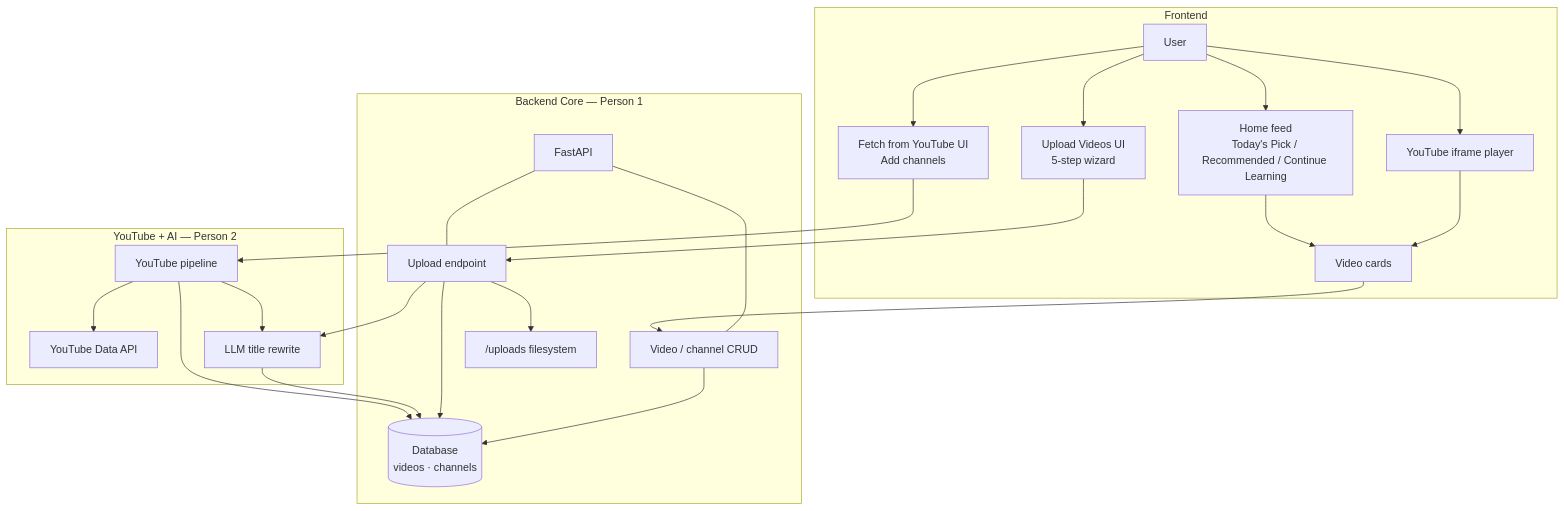
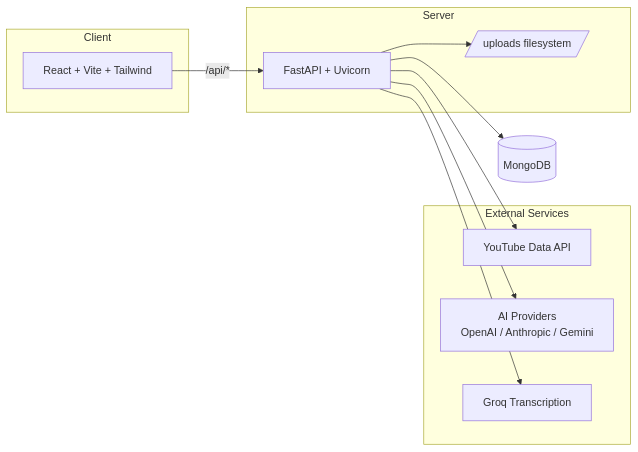
Before and after one commit to volam1311/CrackEd: the first of 3 diagrams in README.md, drawn with Mermaid. The commit also changed other lines of this file, not shown here.

````diff
--- a/README.md
+++ b/README.md
@@ -93,48 +7,26 @@
 ```mermaid
-flowchart TB
-  subgraph Frontend
-    U[User]
-    Home[Home feed<br/>Today's Pick / Recommended / Continue Learning]
-    Cards[Video cards]
-    Player[YouTube iframe player]
-    FetchUI[Fetch from YouTube UI<br/>Add channels]
-    UploadUI[Upload Videos UI<br/>5-step wizard]
-  end
+flowchart LR
+    subgraph client [Client]
+        React[React + Vite + Tailwind]
+    end
 
-  subgraph Backend["Backend Core — Person 1"]
-    API[FastAPI]
-    UploadEP[Upload endpoint]
-    CRUD[Video / channel CRUD]
-    FS["/uploads filesystem"]
-    DB[(Database<br/>videos · channels)]
-  end
+    subgraph server [Server]
+        FastAPI[FastAPI + Uvicorn]
+        Uploads[/uploads filesystem/]
+    end
 
-  subgraph Pipeline["YouTube + AI — Person 2"]
-    YTPipe[YouTube pipeline]
-    YTAPI[YouTube Data API]
-    LLM[LLM title rewrite]
-  end
+    subgraph external [External Services]
+        YouTube[YouTube Data API]
+        AI[AI Providers<br/>OpenAI / Anthropic / Gemini]
+        Groq[Groq Transcription]
+    end
 
-  U --> Home
-  U --> FetchUI
-  U --> UploadUI
-  U --> Player
+    MongoDB[(MongoDB)]
 
-  Home --> Cards
-  Cards --> CRUD
-  Player --> Cards
-
-  FetchUI --> YTPipe
-  YTPipe --> YTAPI
-  YTPipe --> DB
-  YTPipe --> LLM
-  UploadEP --> LLM
-  LLM --> DB
-
-  UploadUI --> UploadEP
-  UploadEP --> FS
-  UploadEP --> DB
-  CRUD --> DB
-  API --- UploadEP
-  API --- CRUD
+    React -->|"/api/*"| FastAPI
+    FastAPI --> MongoDB
+    FastAPI --> Uploads
+    FastAPI --> YouTube
+    FastAPI --> AI
+    FastAPI --> Groq
 ```
````
